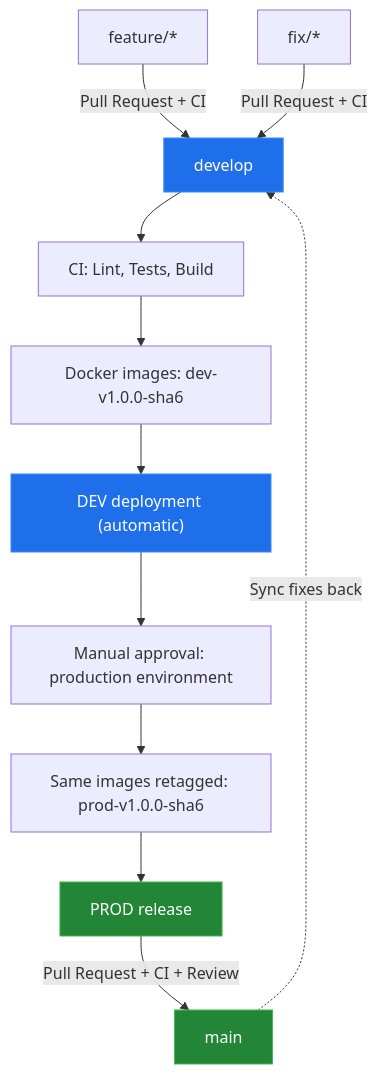
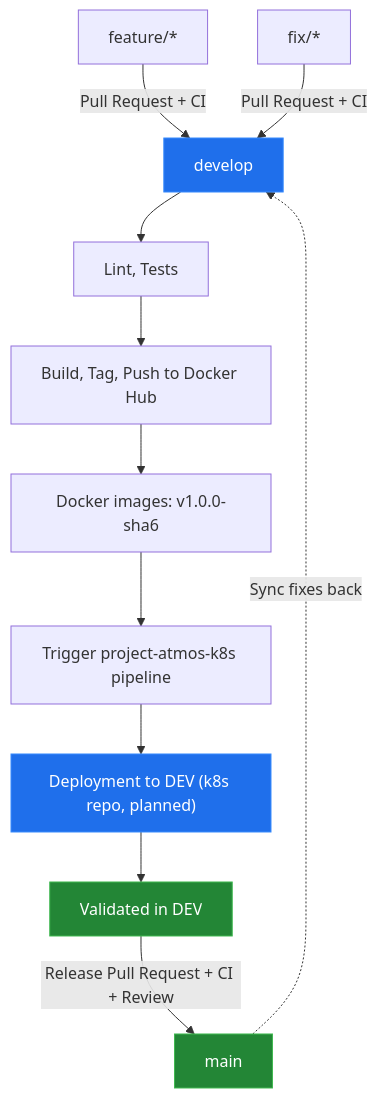
Before and after one commit to Kernel-Club/project-atmos-dev: the diagram in docs/branching-model.md, drawn with Mermaid. The commit also changed other lines of this file and 5 other files, not shown here.

````diff
--- a/docs/branching-model.md
+++ b/docs/branching-model.md
@@ -119,20 +118,20 @@
 ```mermaid
 flowchart TD
     F["feature/*"] -->|"Pull Request + CI"| D["develop"]
     X["fix/*"] -->|"Pull Request + CI"| D
 
-    D --> CI_D["CI: Lint, Tests, Build"]
-    CI_D --> IMG_D["Docker images: dev-v1.0.0-sha6"]
-    IMG_D --> DEV["DEV deployment (automatic)"]
-    DEV --> APPROVAL["Manual approval: production environment"]
-    APPROVAL --> IMG_P["Same images retagged: prod-v1.0.0-sha6"]
-    IMG_P --> PROD["PROD release"]
+    D --> CI_D["Lint, Tests"]
+    CI_D --> CD_D["Build, Tag, Push to Docker Hub"]
+    CD_D --> IMG_D["Docker images: v1.0.0-sha6"]
+    IMG_D --> TRG["Trigger project-atmos-k8s pipeline"]
+    TRG --> DEV["Deployment to DEV (k8s repo, planned)"]
+    DEV --> PROD["Validated in DEV"]
 
-    PROD -->|"Pull Request + CI + Review"| M["main"]
+    PROD -->|"Release Pull Request + CI + Review"| M["main"]
     M -.->|"Sync fixes back"| D
 
     style D fill:#1f6feb,color:#fff,stroke:#388bfd
     style M fill:#238636,color:#fff,stroke:#3fb950
     style DEV fill:#1f6feb,color:#fff,stroke:#388bfd
     style PROD fill:#238636,color:#fff,stroke:#3fb950
 ```
````
